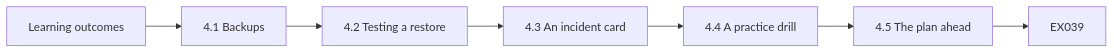
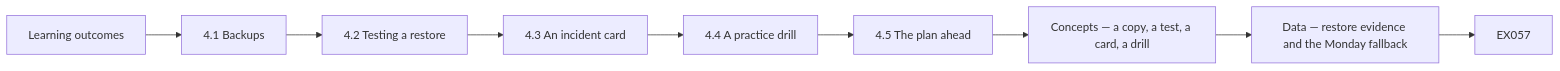
Diagram 11 of 12 in levels/rapid-1-month/information-security/en/book/MANUSCRIPT.md (hiagokinlevi/CyKin), drawn with Mermaid before and after one commit. The commit also changed other lines of this file and 1 other file, not shown here.

````diff
--- a/levels/rapid-1-month/information-security/en/book/MANUSCRIPT.md
+++ b/levels/rapid-1-month/information-security/en/book/MANUSCRIPT.md
@@ -443,10 +631,12 @@
 ```mermaid
 flowchart LR
   N0["Learning outcomes"]
   N1["4.1 Backups"]
   N2["4.2 Testing a restore"]
   N3["4.3 An incident card"]
   N4["4.4 A practice drill"]
   N5["4.5 The plan ahead"]
-  N0 --> N1 --> N2 --> N3 --> N4 --> N5 --> Q["EX039"]
+  N6["Concepts — a copy, a test, a card, a drill"]
+  N7["Data — restore evidence and the Monday fallback"]
+  N0 --> N1 --> N2 --> N3 --> N4 --> N5 --> N6 --> N7 --> Q["EX057"]
 ```
````
